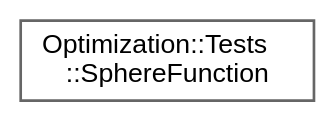
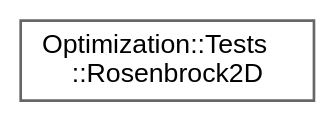
The diagram in inherit_graph_48.dot (jswoo0615/Algorithms_for_Optimization_cpp), drawn with Graphviz before and after one commit. The commit also changed 62 other files, not shown here.

```diff
--- a/inherit_graph_48.dot
+++ b/inherit_graph_48.dot
@@ -1,9 +1,9 @@
 digraph "Graphical Class Hierarchy"
 {
  // LATEX_PDF_SIZE
   bgcolor="transparent";
   edge [fontname=Helvetica,fontsize=10,labelfontname=Helvetica,labelfontsize=10];
   node [fontname=Helvetica,fontsize=10,shape=box,height=0.2,width=0.4];
   rankdir="LR";
-  Node0 [id="Node000000",label="Optimization::Tests\l::SphereFunction",height=0.2,width=0.4,color="grey40", fillcolor="white", style="filled",URL="$structOptimization_1_1Tests_1_1SphereFunction.html",tooltip=" "];
+  Node0 [id="Node000000",label="Optimization::Tests\l::Rosenbrock2D",height=0.2,width=0.4,color="grey40", fillcolor="white", style="filled",URL="$structOptimization_1_1Tests_1_1Rosenbrock2D.html",tooltip=" "];
 }
```
